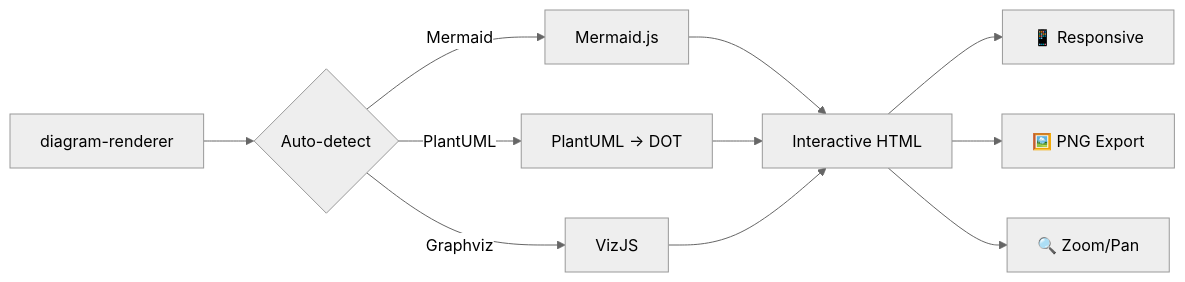
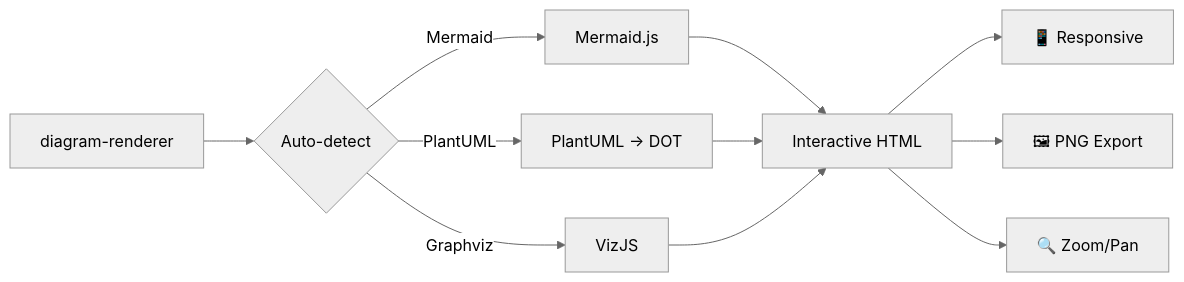
One commit to djvolz/diagram-renderer changed the first of 4 diagrams in README.md. Above: the diagram before and after it, drawn with Mermaid (neutral theme). The commit also changed other lines of this file and 3 other files, not shown here.

First line of the commit message:
Update controls to match GitHub's Mermaid renderer layout

````diff
--- a/README.md
+++ b/README.md
@@ -86,13 +86,13 @@
 ```mermaid
 flowchart LR
     A[diagram-renderer] --> B{Auto-detect}
     B -->|Mermaid| C[Mermaid.js]
     B -->|PlantUML| D[PlantUML → DOT]
     B -->|Graphviz| E[VizJS]
     C --> F[Interactive HTML]
     D --> F
     E --> F
     F --> G[📱 Responsive]
-    F --> H[🖼️ PNG Export]
+    F --> H[🖼 PNG Export]
     F --> I[🔍 Zoom/Pan]
 ```
````
